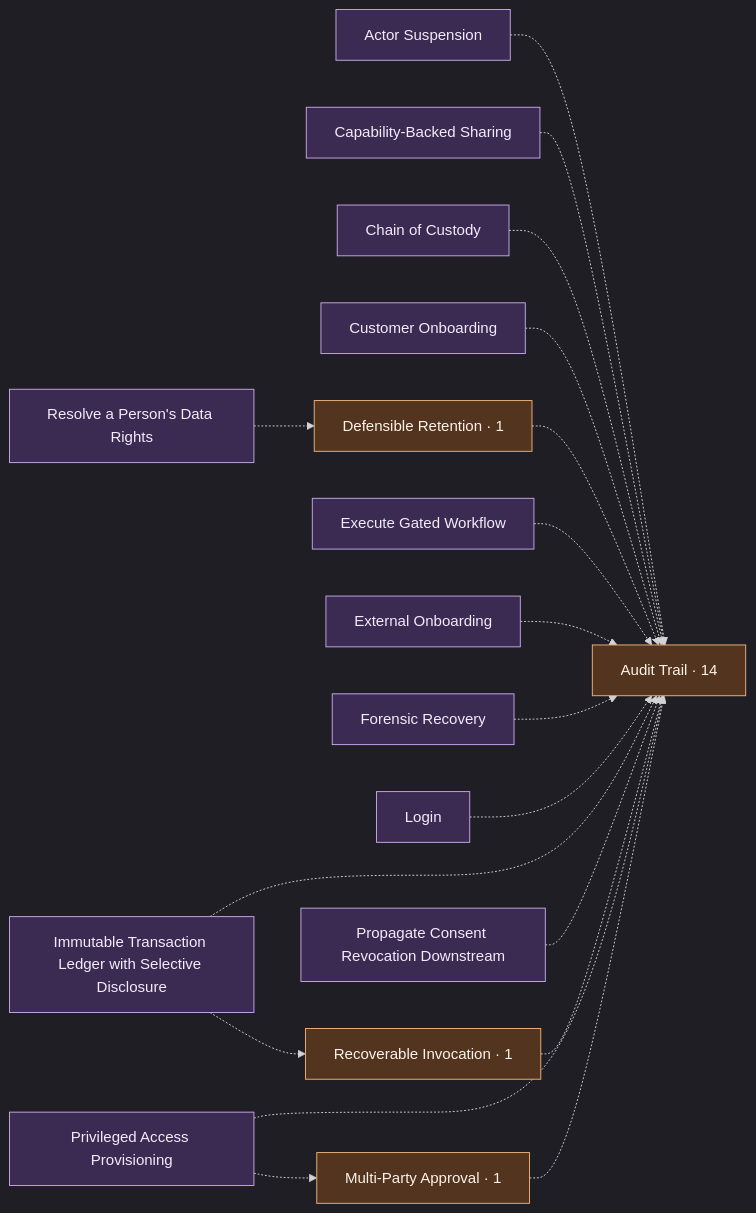
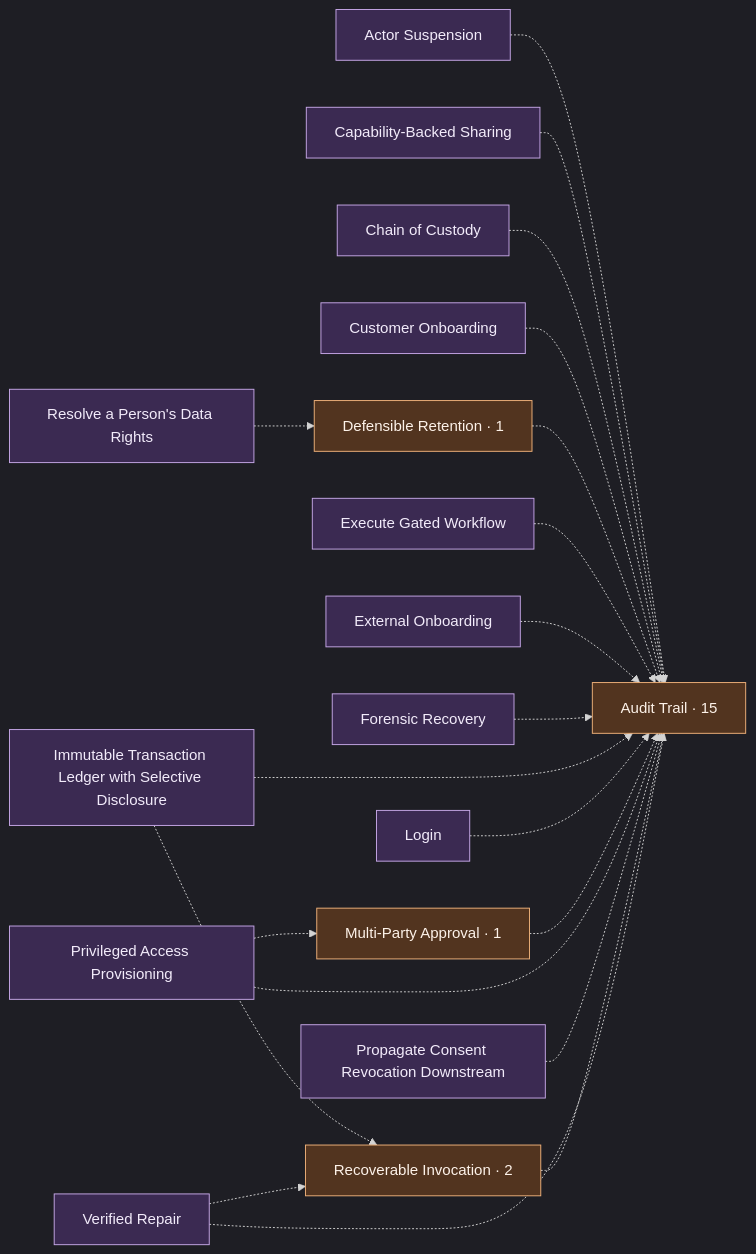
The first of 2 diagrams in graph.md (scottromack/grace-commons), drawn with Mermaid before and after one commit. The commit also changed other lines of this file and 6 other files, not shown here.

````diff
--- a/graph.md
+++ b/graph.md
@@ -72,41 +72,44 @@
 ```mermaid
 %%{init: {"theme": "dark", "flowchart": {"htmlLabels": true}} }%%
 flowchart LR
   actor_suspension["Actor Suspension"]
-  audit_trail["Audit Trail · 14"]
+  audit_trail["Audit Trail · 15"]
   capability_backed_sharing["Capability-Backed Sharing"]
   chain_of_custody["Chain of Custody"]
   customer_onboarding["Customer Onboarding"]
   defensible_retention["Defensible Retention · 1"]
   execute_gated_workflow["Execute Gated Workflow"]
   external_onboarding["External Onboarding"]
   forensic_recovery["Forensic Recovery"]
   immutable_transaction_ledger["Immutable Transaction Ledger with Selective Disclosure"]
   login["Login"]
   multi_party_approval["Multi-Party Approval · 1"]
   privileged_access_provisioning["Privileged Access Provisioning"]
   propagate_consent_revocation_downstream["Propagate Consent Revocation Downstream"]
-  recoverable_invocation["Recoverable Invocation · 1"]
+  recoverable_invocation["Recoverable Invocation · 2"]
   resolve_a_persons_data_rights["Resolve a Person's Data Rights"]
+  verified_repair["Verified Repair"]
   actor_suspension -.-> audit_trail
   capability_backed_sharing -.-> audit_trail
   chain_of_custody -.-> audit_trail
   customer_onboarding -.-> audit_trail
   defensible_retention -.-> audit_trail
   execute_gated_workflow -.-> audit_trail
   external_onboarding -.-> audit_trail
   forensic_recovery -.-> audit_trail
   immutable_transaction_ledger -.-> audit_trail
   immutable_transaction_ledger -.-> recoverable_invocation
   login -.-> audit_trail
   multi_party_approval -.-> audit_trail
   privileged_access_provisioning -.-> audit_trail
   privileged_access_provisioning -.-> multi_party_approval
   propagate_consent_revocation_downstream -.-> audit_trail
   recoverable_invocation -.-> audit_trail
   resolve_a_persons_data_rights -.-> defensible_retention
+  verified_repair -.-> audit_trail
+  verified_repair -.-> recoverable_invocation
   classDef comp fill:#3b2a52,stroke:#c7a8e8,color:#f2ebfa;
   classDef spine fill:#52341f,stroke:#f0b27a,color:#fdf2e9;
-  class actor_suspension,audit_trail,capability_backed_sharing,chain_of_custody,customer_onboarding,defensible_retention,execute_gated_workflow,external_onboarding,forensic_recovery,immutable_transaction_ledger,login,multi_party_approval,privileged_access_provisioning,propagate_consent_revocation_downstream,recoverable_invocation,resolve_a_persons_data_rights comp;
+  class actor_suspension,audit_trail,capability_backed_sharing,chain_of_custody,customer_onboarding,defensible_retention,execute_gated_workflow,external_onboarding,forensic_recovery,immutable_transaction_ledger,login,multi_party_approval,privileged_access_provisioning,propagate_consent_revocation_downstream,recoverable_invocation,resolve_a_persons_data_rights,verified_repair comp;
   class audit_trail,defensible_retention,multi_party_approval,recoverable_invocation spine;
 ```
````
